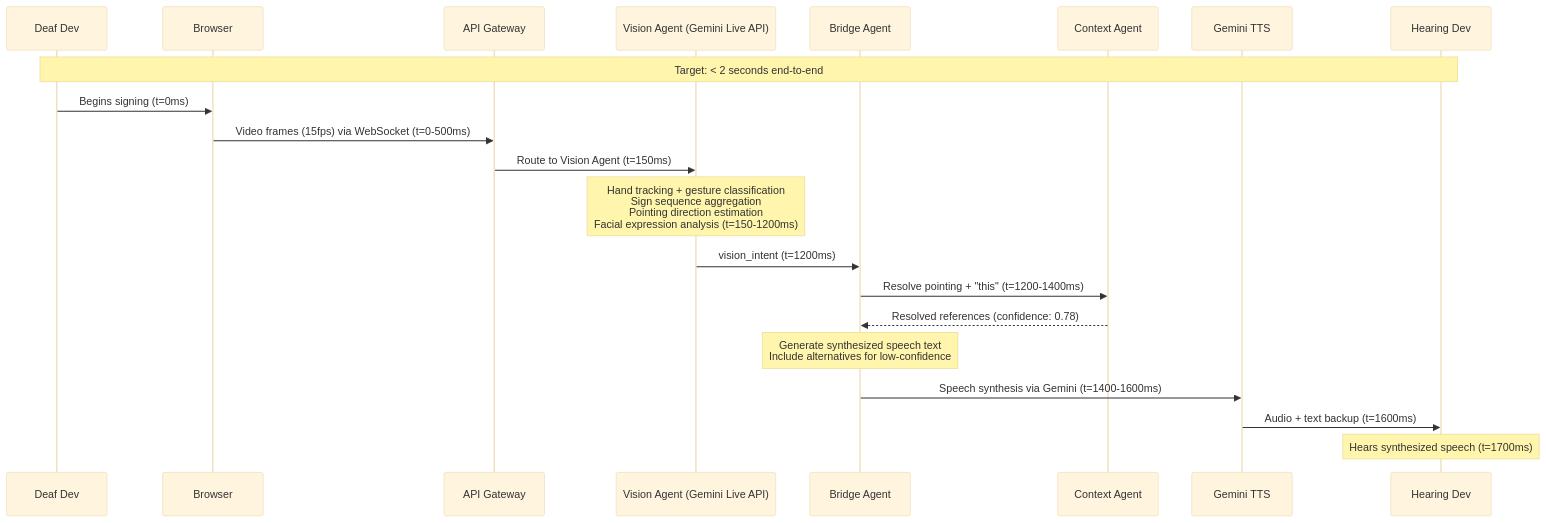
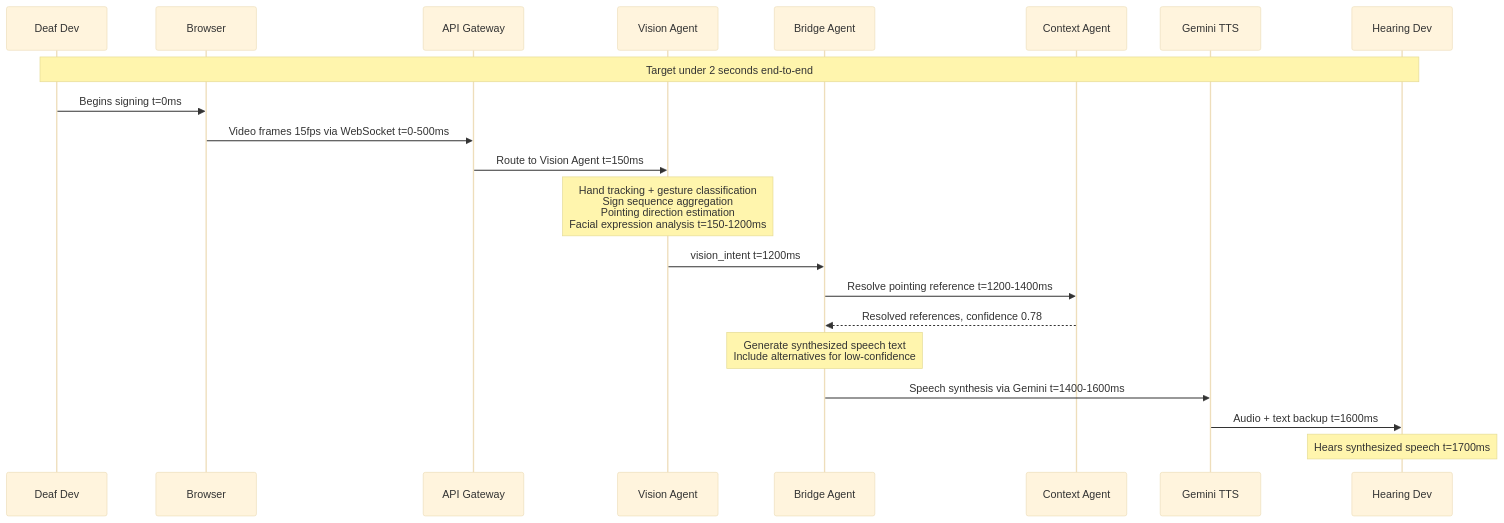
Before and after one commit to IndarKarhana/gemini-codebridge: the tenth of 13 diagrams in docs/ARCHITECTURE.md, drawn with Mermaid (base theme). The commit also changed other lines of this file and 5 other files, not shown here.

First line of the commit message:
fix: repair mermaid diagrams and remove .cursor directory

````diff
--- a/docs/ARCHITECTURE.md
+++ b/docs/ARCHITECTURE.md
@@ -585,25 +585,25 @@
 ```mermaid
 sequenceDiagram
     participant DD as Deaf Dev
     participant Browser
     participant GW as API Gateway
-    participant VIA as Vision Agent (Gemini Live API)
+    participant VIA as Vision Agent
     participant BA as Bridge Agent
     participant CA as Context Agent
     participant TTS as Gemini TTS
     participant HD as Hearing Dev
 
-    Note over DD,HD: Target: < 2 seconds end-to-end
+    Note over DD,HD: Target under 2 seconds end-to-end
 
-    DD->>Browser: Begins signing (t=0ms)
-    Browser->>GW: Video frames (15fps) via WebSocket (t=0-500ms)
-    GW->>VIA: Route to Vision Agent (t=150ms)
-    Note over VIA: Hand tracking + gesture classification<br/>Sign sequence aggregation<br/>Pointing direction estimation<br/>Facial expression analysis (t=150-1200ms)
-    VIA->>BA: vision_intent (t=1200ms)
-    BA->>CA: Resolve pointing + "this" (t=1200-1400ms)
-    CA-->>BA: Resolved references (confidence: 0.78)
+    DD->>Browser: Begins signing t=0ms
+    Browser->>GW: Video frames 15fps via WebSocket t=0-500ms
+    GW->>VIA: Route to Vision Agent t=150ms
+    Note over VIA: Hand tracking + gesture classification<br/>Sign sequence aggregation<br/>Pointing direction estimation<br/>Facial expression analysis t=150-1200ms
+    VIA->>BA: vision_intent t=1200ms
+    BA->>CA: Resolve pointing reference t=1200-1400ms
+    CA-->>BA: Resolved references, confidence 0.78
     Note over BA: Generate synthesized speech text<br/>Include alternatives for low-confidence
-    BA->>TTS: Speech synthesis via Gemini (t=1400-1600ms)
-    TTS->>HD: Audio + text backup (t=1600ms)
-    Note over HD: Hears synthesized speech (t=1700ms)
+    BA->>TTS: Speech synthesis via Gemini t=1400-1600ms
+    TTS->>HD: Audio + text backup t=1600ms
+    Note over HD: Hears synthesized speech t=1700ms
 ```
````
